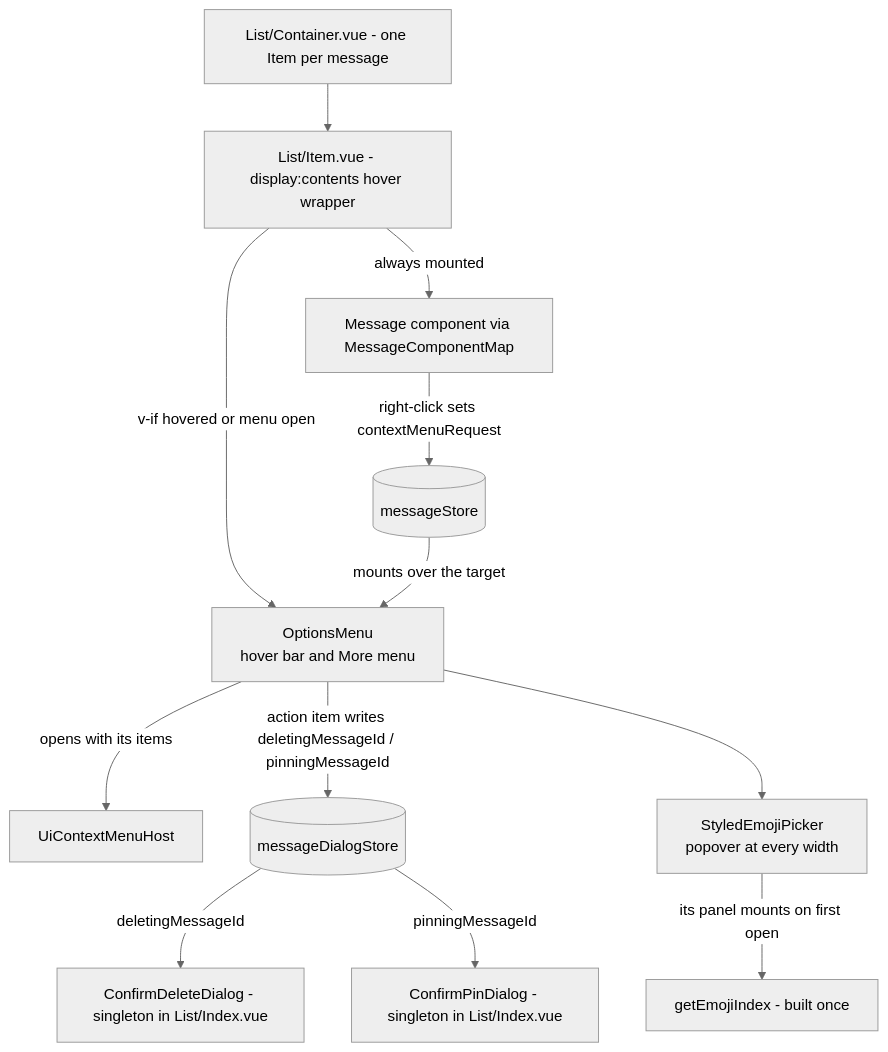
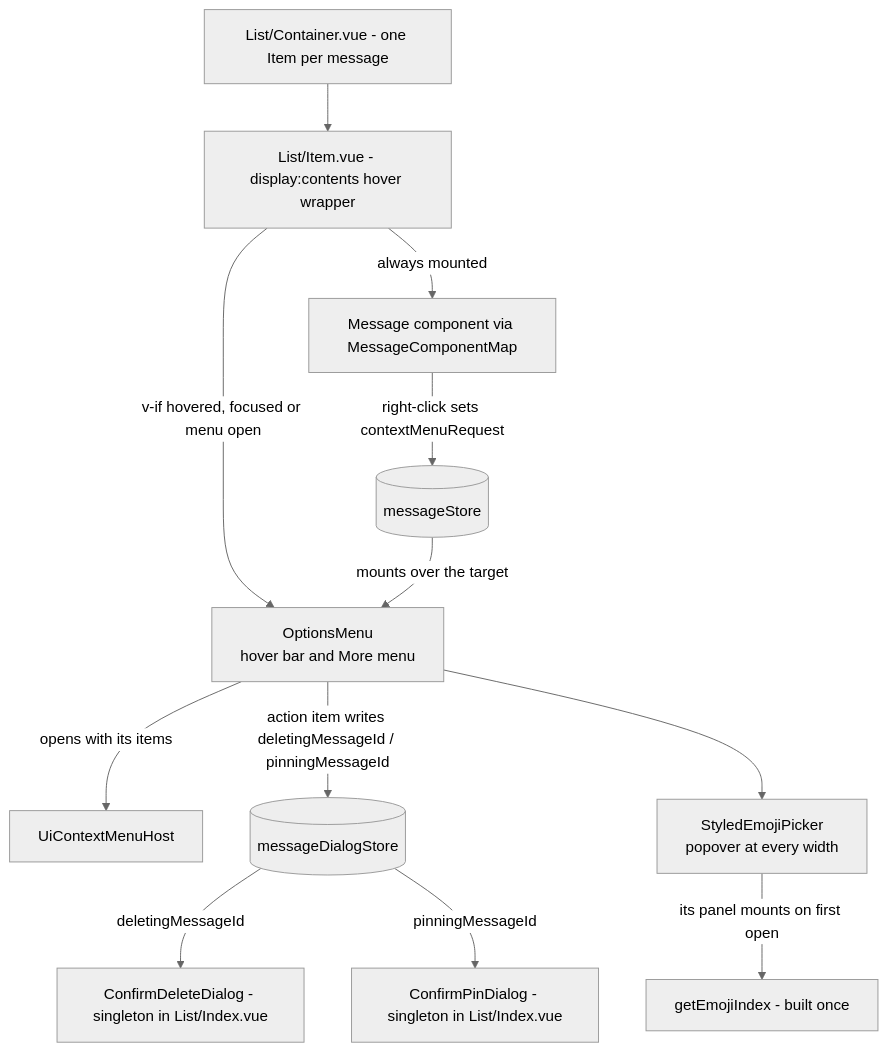
The first of 2 diagrams in openspec/specs/esbabbler/message-list-rendering/design.md (Esposter/Esposter), drawn with Mermaid (neutral theme) before and after one commit. The commit also changed other lines of this file and 2 other files, not shown here.

First line of the commit message:
fix(web): a message row takes focus and mounts its options bar, so a keyboard reader reaches the message's actions

````diff
--- a/openspec/specs/esbabbler/message-list-rendering/design.md
+++ b/openspec/specs/esbabbler/message-list-rendering/design.md
@@ -13,14 +13,14 @@
 ```mermaid
 flowchart TD
     C[List/Container.vue - one Item per message] --> I[List/Item.vue - display:contents hover wrapper]
     I -->|always mounted| M[Message component via MessageComponentMap]
-    I -->|v-if hovered or menu open| O[OptionsMenu<br/>hover bar and More menu]
+    I -->|v-if hovered, focused or menu open| O[OptionsMenu<br/>hover bar and More menu]
     M -->|right-click sets contextMenuRequest| S[(messageStore)]
     S -->|mounts over the target| O
     O -->|opens with its items| CM[UiContextMenuHost]
     O -->|action item writes deletingMessageId / pinningMessageId| DS[(messageDialogStore)]
     DS -->|deletingMessageId| D[ConfirmDeleteDialog - singleton in List/Index.vue]
     DS -->|pinningMessageId| P[ConfirmPinDialog - singleton in List/Index.vue]
     O --> E[StyledEmojiPicker<br/>popover at every width]
     E -->|its panel mounts on first open| X[getEmojiIndex - built once]
 ```
````
